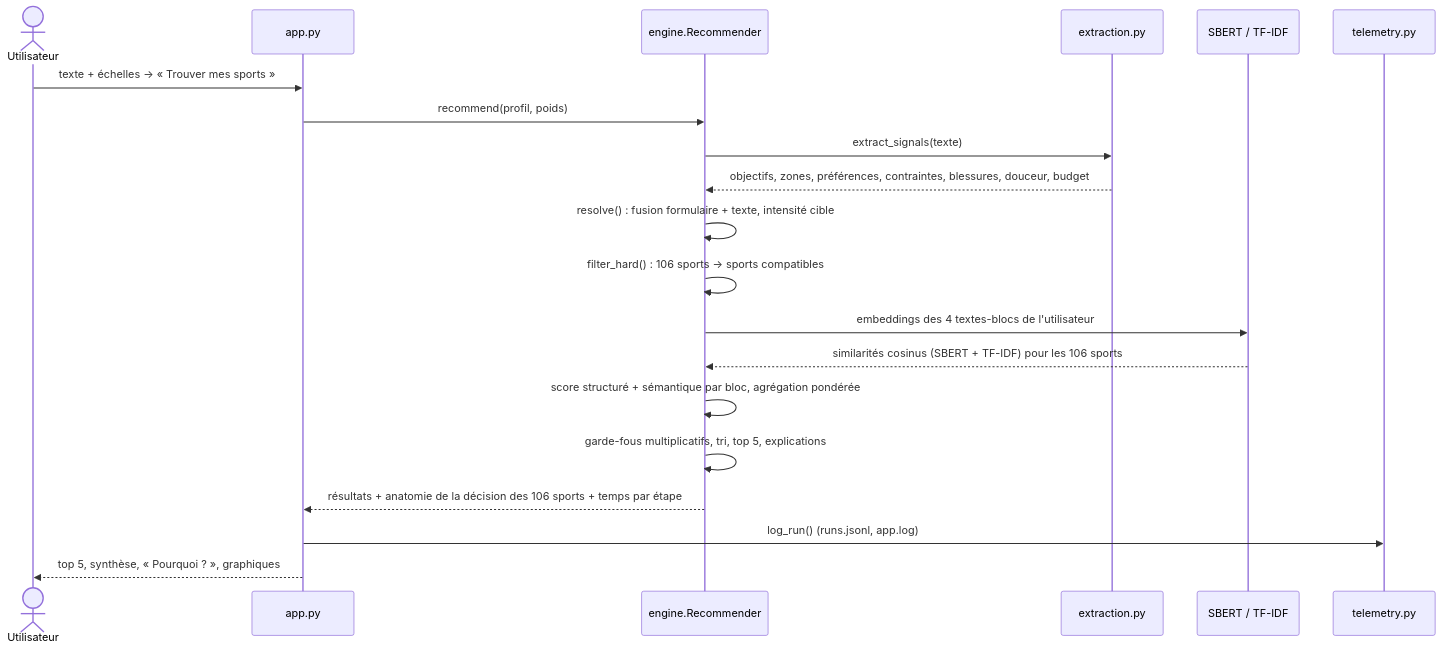
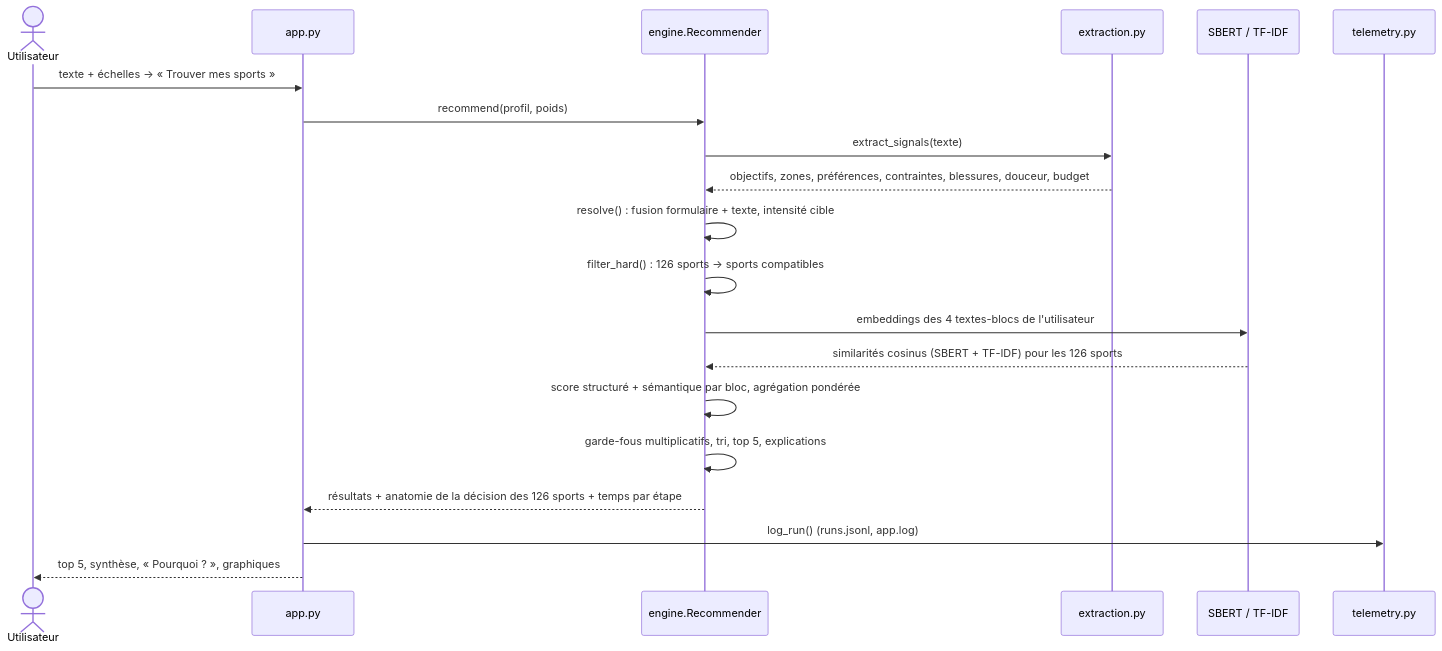
One commit to AntoineLal/ECE-Projet-NLP changed the fifth of 6 diagrams in README.md. Above: the diagram before and after it, drawn with Mermaid. The commit also changed other lines of this file and 14 other files, not shown here.

````diff
--- a/README.md
+++ b/README.md
@@ -193,23 +194,23 @@
 ```mermaid
 sequenceDiagram
     actor U as Utilisateur
     participant A as app.py
     participant E as engine.Recommender
     participant X as extraction.py
     participant S as SBERT / TF-IDF
     participant T as telemetry.py
 
     U->>A: texte + échelles → « Trouver mes sports »
     A->>E: recommend(profil, poids)
     E->>X: extract_signals(texte)
     X-->>E: objectifs, zones, préférences, contraintes, blessures, douceur, budget
     E->>E: resolve() : fusion formulaire + texte, intensité cible
-    E->>E: filter_hard() : 106 sports → sports compatibles
+    E->>E: filter_hard() : 126 sports → sports compatibles
     E->>S: embeddings des 4 textes-blocs de l'utilisateur
-    S-->>E: similarités cosinus (SBERT + TF-IDF) pour les 106 sports
+    S-->>E: similarités cosinus (SBERT + TF-IDF) pour les 126 sports
     E->>E: score structuré + sémantique par bloc, agrégation pondérée
     E->>E: garde-fous multiplicatifs, tri, top 5, explications
-    E-->>A: résultats + anatomie de la décision des 106 sports + temps par étape
+    E-->>A: résultats + anatomie de la décision des 126 sports + temps par étape
     A->>T: log_run() (runs.jsonl, app.log)
     A-->>U: top 5, synthèse, « Pourquoi ? », graphiques
 ```
````
